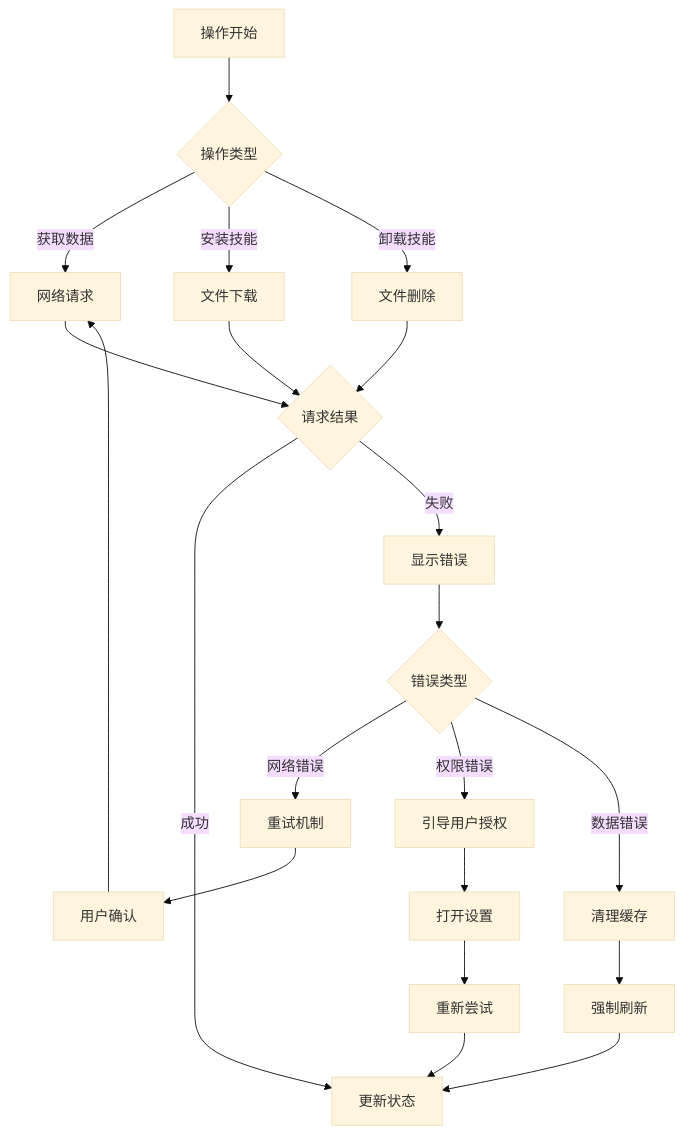
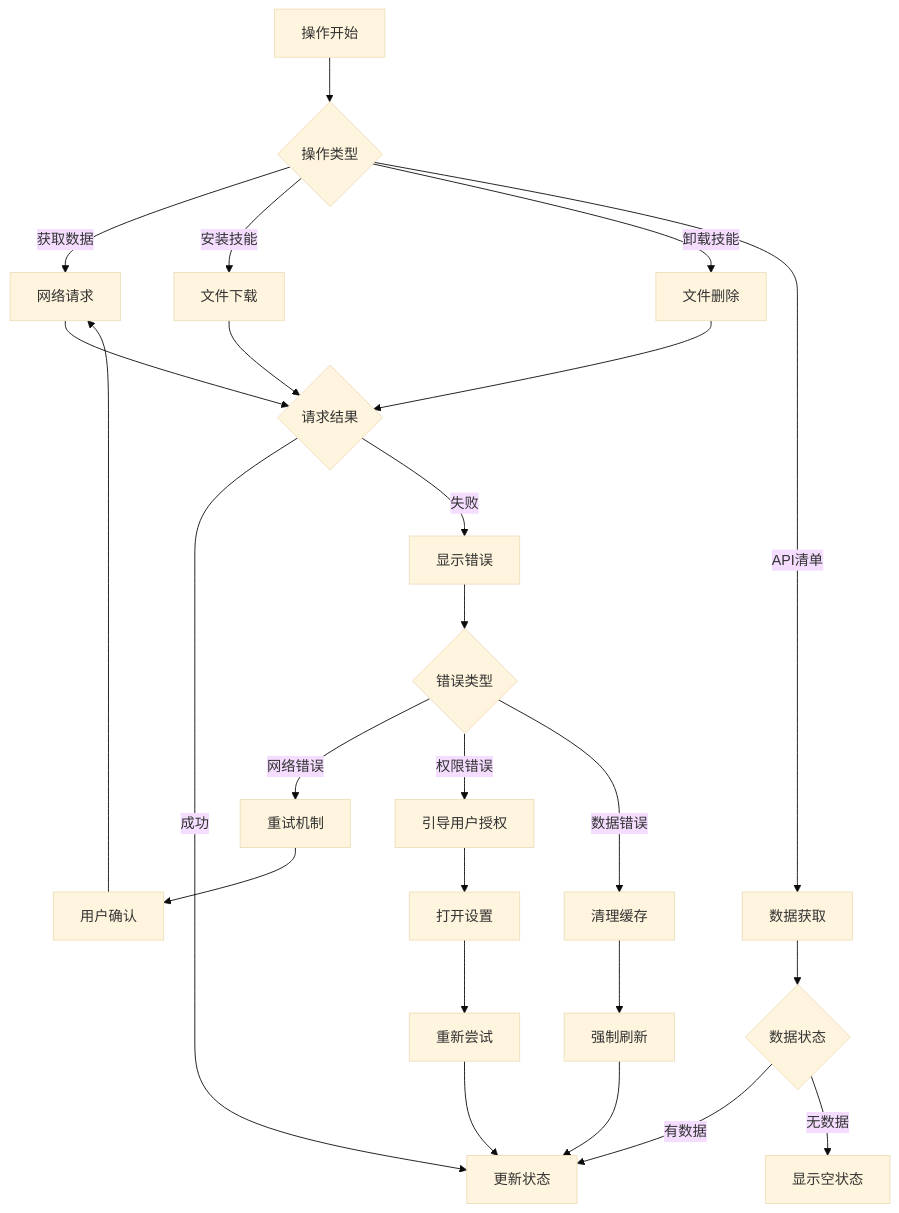
Diagram 16 of 16 in .qoder/repowiki/zh/content/核心功能模块/技能管理系统/技能详情屏幕.md (AvatoLabs/avato), drawn with Mermaid (base theme) before and after one commit. The commit also changed other lines of this file and 158 other files, not shown here.

````diff
--- a/.qoder/repowiki/zh/content/核心功能模块/技能管理系统/技能详情屏幕.md
+++ b/.qoder/repowiki/zh/content/核心功能模块/技能管理系统/技能详情屏幕.md
@@ -598,23 +754,27 @@
 ```mermaid
 flowchart TD
 A[操作开始] --> B{操作类型}
 B --> |获取数据| C[网络请求]
 B --> |安装技能| D[文件下载]
 B --> |卸载技能| E[文件删除]
-C --> F{请求结果}
-D --> F
-E --> F
-F --> |成功| G[更新状态]
-F --> |失败| H[显示错误]
-H --> I{错误类型}
-I --> |网络错误| J[重试机制]
-I --> |权限错误| K[引导用户授权]
-I --> |数据错误| L[清理缓存]
-J --> M[用户确认]
-K --> N[打开设置]
-L --> O[强制刷新]
-M --> C
-N --> P[重新尝试]
-O --> G
-P --> G
+B --> |API清单| F[数据获取]
+C --> G{请求结果}
+D --> G
+E --> G
+F --> H{数据状态}
+G --> |成功| I[更新状态]
+G --> |失败| J[显示错误]
+H --> |有数据| I
+H --> |无数据| K[显示空状态]
+J --> L{错误类型}
+L --> |网络错误| M[重试机制]
+L --> |权限错误| N[引导用户授权]
+L --> |数据错误| O[清理缓存]
+M --> P[用户确认]
+N --> Q[打开设置]
+O --> R[强制刷新]
+P --> C
+Q --> S[重新尝试]
+R --> I
+S --> I
 ```
````
